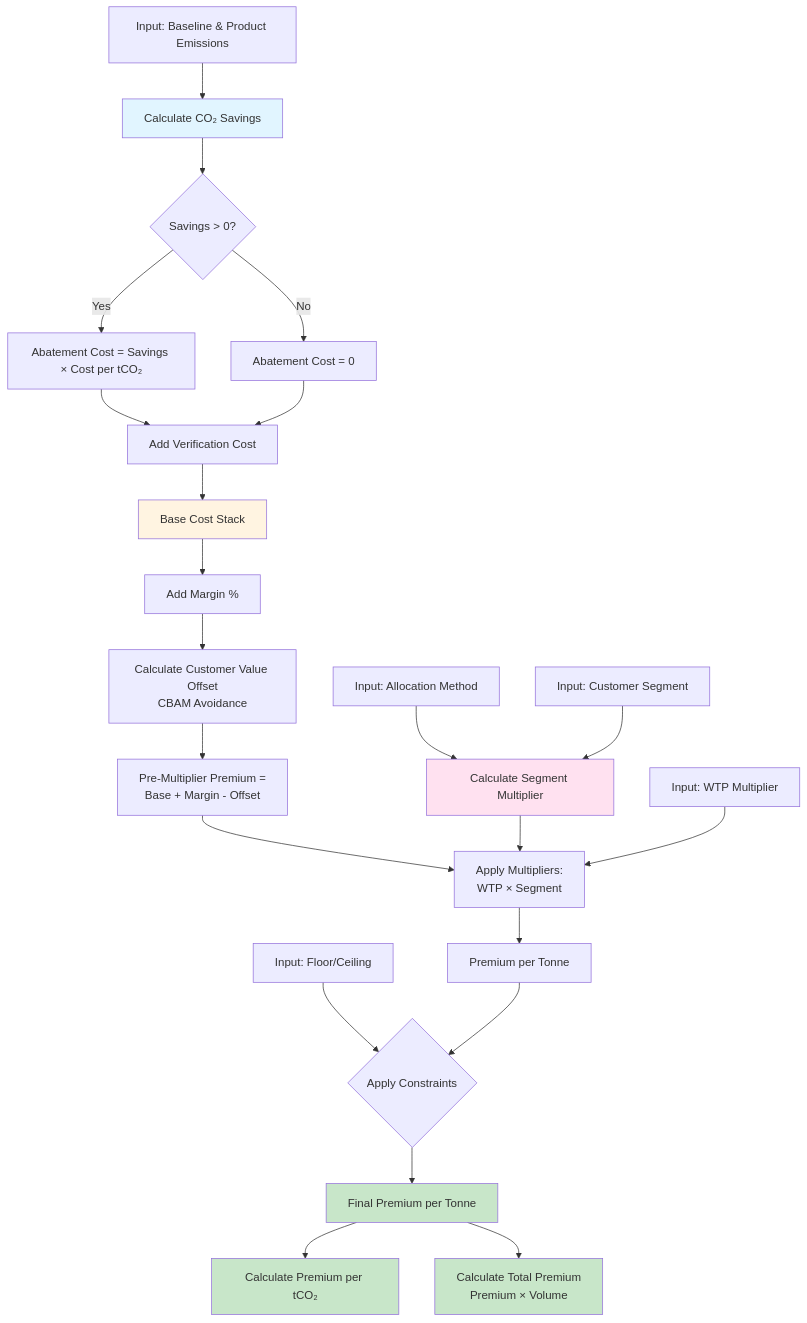
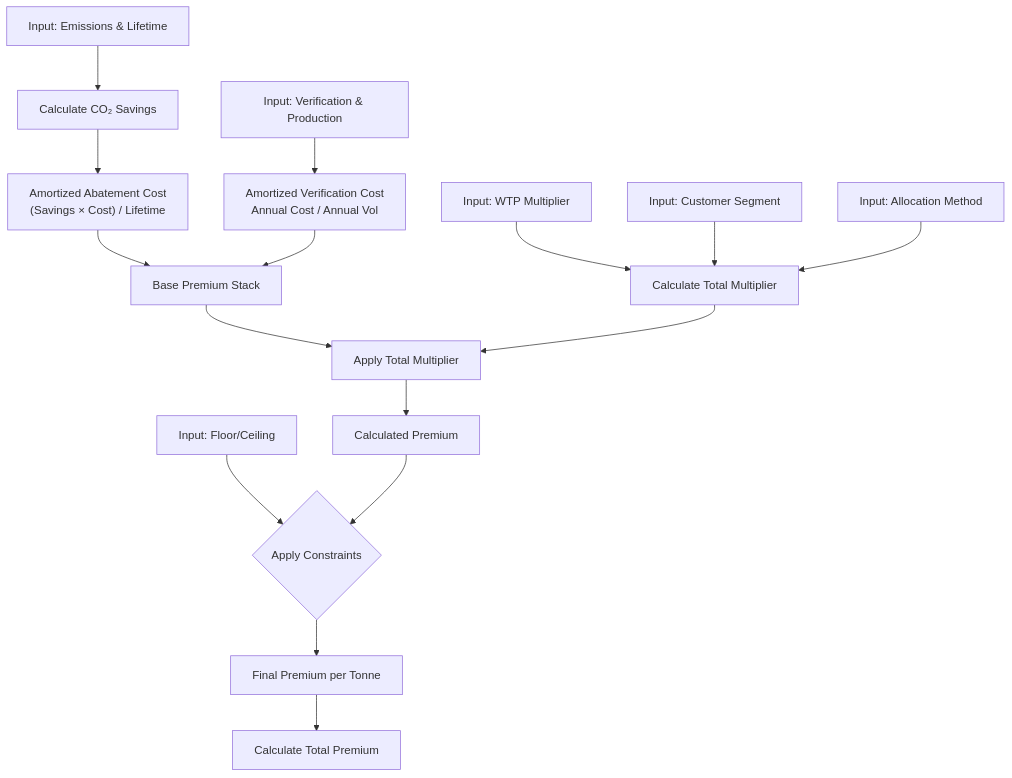
One commit to junejakushal/bas-model changed the first of 3 diagrams in README.md. Above: the diagram before and after it, drawn with Mermaid. The commit also changed other lines of this file and 5 other files, not shown here.

````diff
--- a/README.md
+++ b/README.md
@@ -92,36 +89,25 @@
 ```mermaid
 graph TD
-    A[Input: Baseline & Product Emissions] --> B[Calculate CO₂ Savings]
-    B --> C{Savings > 0?}
-    C -->|Yes| D[Abatement Cost = Savings × Cost per tCO₂]
-    C -->|No| E[Abatement Cost = 0]
-    D --> F[Add Verification Cost]
+    A[Input: Emissions & Lifetime] --> B[Calculate CO₂ Savings]
+    B --> C["Amortized Abatement Cost<br/>(Savings × Cost) / Lifetime"]
+    
+    D[Input: Verification & Production] --> E[Amortized Verification Cost<br/>Annual Cost / Annual Vol]
+    
+    C --> F[Base Premium Stack]
     E --> F
-    F --> G[Base Cost Stack]
-    G --> H[Add Margin %]
-    H --> I[Calculate Customer Value Offset<br/>CBAM Avoidance]
-    I --> J[Pre-Multiplier Premium =<br/>Base + Margin - Offset]
     
-    K[Input: Allocation Method] --> L[Calculate Segment Multiplier]
-    M[Input: Customer Segment] --> L
+    G[Input: WTP Multiplier] --> J[Calculate Total Multiplier]
+    H[Input: Customer Segment] --> J
+    I[Input: Allocation Method] --> J
     
-    J --> N[Apply Multipliers:<br/>WTP × Segment]
+    F --> K[Apply Total Multiplier]
+    J --> K
+    
+    K --> L[Calculated Premium]
+    
+    M[Input: Floor/Ceiling] --> N{Apply Constraints}
     L --> N
-    O[Input: WTP Multiplier] --> N
     
-    N --> P[Premium per Tonne]
-    
-    Q[Input: Floor/Ceiling] --> R{Apply Constraints}
-    P --> R
-    
-    R --> S[Final Premium per Tonne]
-    S --> T[Calculate Premium per tCO₂]
-    S --> U[Calculate Total Premium<br/>Premium × Volume]
-    
-    style B fill:#e1f5ff
-    style G fill:#fff4e1
-    style L fill:#ffe1f0
-    style S fill:#c8e6c9
-    style T fill:#c8e6c9
-    style U fill:#c8e6c9
+    N --> O[Final Premium per Tonne]
+    O --> P[Calculate Total Premium]
 ```
````
